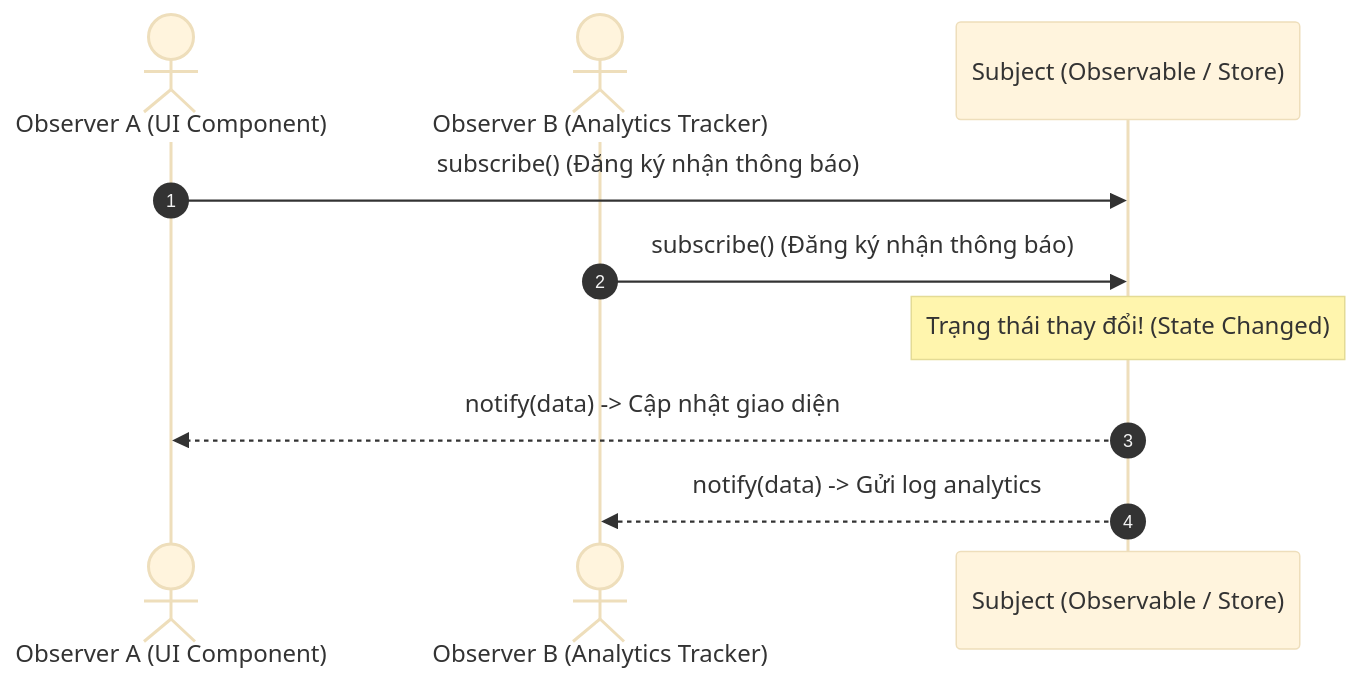
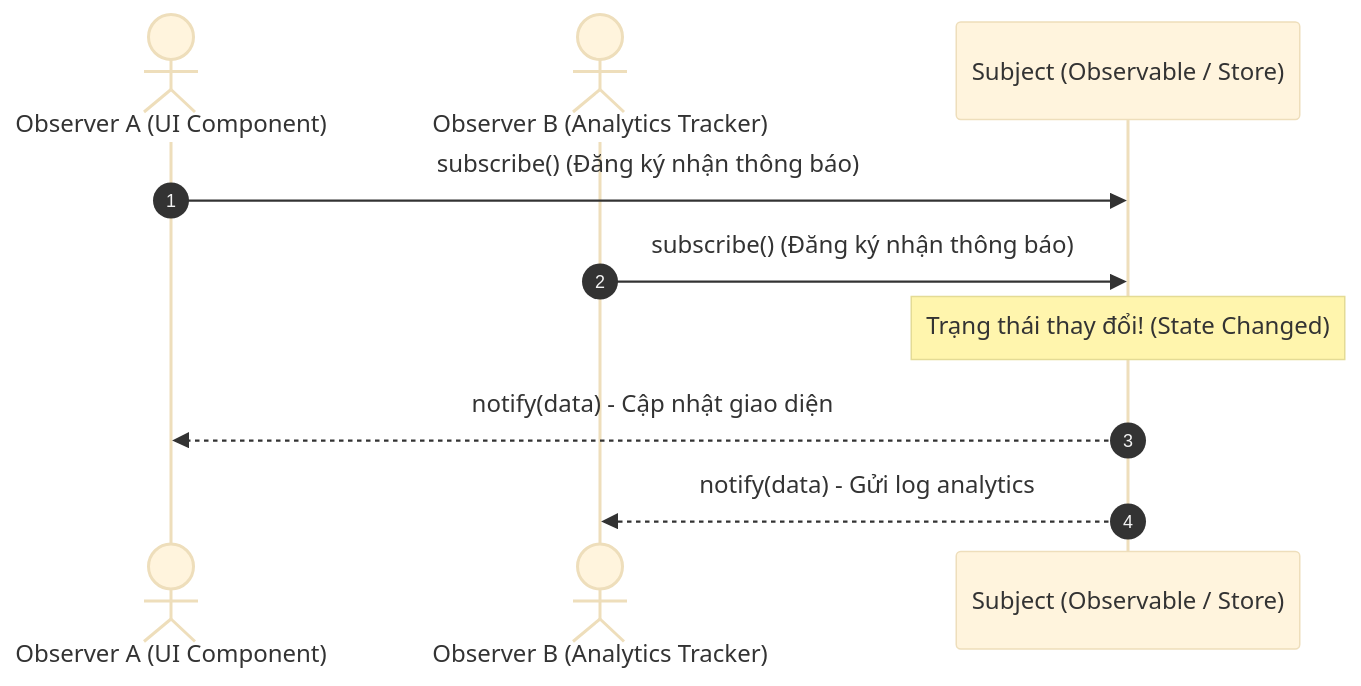
One commit to congphu97/dev-blog-client-2.0 changed the seventh of 12 diagrams in dev-blog-client/docs/DESIGN_PATTERNS_TYPESCRIPT.md. Above: the diagram before and after it, drawn with Mermaid (base theme). The commit also changed other lines of this file and 26 other files, not shown here.

````diff
--- a/dev-blog-client/docs/DESIGN_PATTERNS_TYPESCRIPT.md
+++ b/dev-blog-client/docs/DESIGN_PATTERNS_TYPESCRIPT.md
@@ -536,15 +536,15 @@
 ```mermaid
 sequenceDiagram
     autonumber
     actor ObsA as Observer A (UI Component)
     actor ObsB as Observer B (Analytics Tracker)
     participant Sub as Subject (Observable / Store)
 
     ObsA->>Sub: subscribe() (Đăng ký nhận thông báo)
     ObsB->>Sub: subscribe() (Đăng ký nhận thông báo)
 
     Note over Sub: Trạng thái thay đổi! (State Changed)
     
-    Sub-->>ObsA: notify(data) -> Cập nhật giao diện
-    Sub-->>ObsB: notify(data) -> Gửi log analytics
+    Sub-->>ObsA: notify(data) - Cập nhật giao diện
+    Sub-->>ObsB: notify(data) - Gửi log analytics
 ```
````
